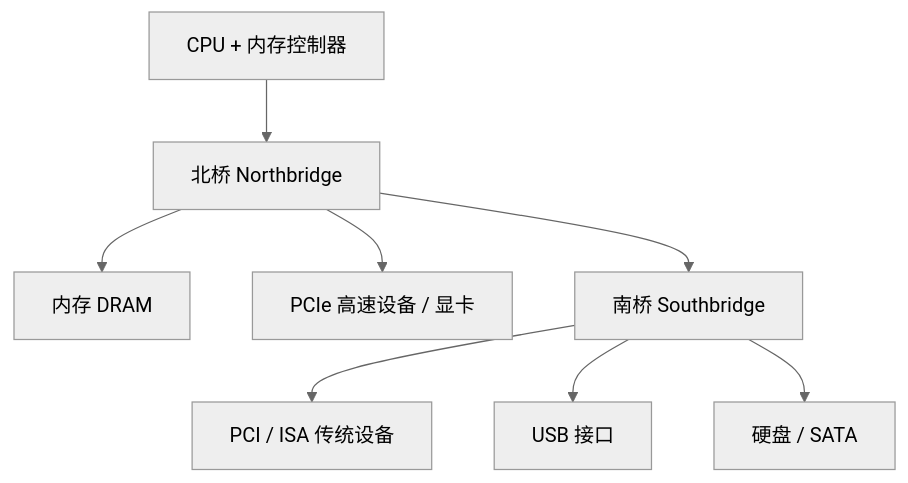
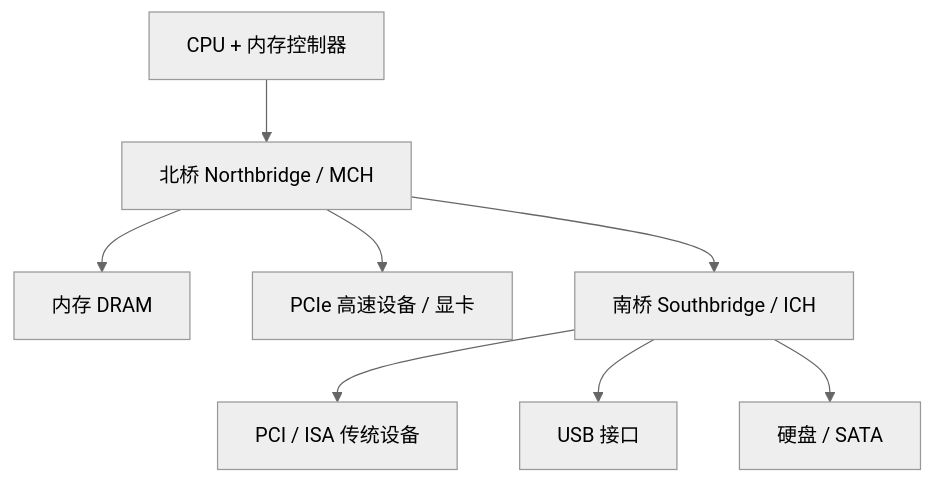
One commit to danlingdan/ComputerKnowledgeBase changed the first of 2 diagrams in 计算机系统/微机原理与接口技术B/08 系统发展与扩展/08-01 PC 体系结构与 ISA-PCIe 总线演进.md. Above: the diagram before and after it, drawn with Mermaid (neutral theme). The commit also changed other lines of this file and 68 other files, not shown here.

````diff
--- a/计算机系统/微机原理与接口技术B/08 系统发展与扩展/08-01 PC 体系结构与 ISA-PCIe 总线演进.md
+++ b/计算机系统/微机原理与接口技术B/08 系统发展与扩展/08-01 PC 体系结构与 ISA-PCIe 总线演进.md
@@ -31,10 +42,10 @@
 ```mermaid
 flowchart TB
-    CPU["CPU + 内存控制器"] --> NB["北桥 Northbridge"]
+    CPU["CPU + 内存控制器"] --> NB["北桥 Northbridge / MCH"]
     NB --> MEM["内存 DRAM"]
     NB --> PCIE["PCIe 高速设备 / 显卡"]
-    NB --> SB["南桥 Southbridge"]
+    NB --> SB["南桥 Southbridge / ICH"]
     SB --> PCI["PCI / ISA 传统设备"]
     SB --> USB["USB 接口"]
     SB --> DISK["硬盘 / SATA"]
 ```
````
